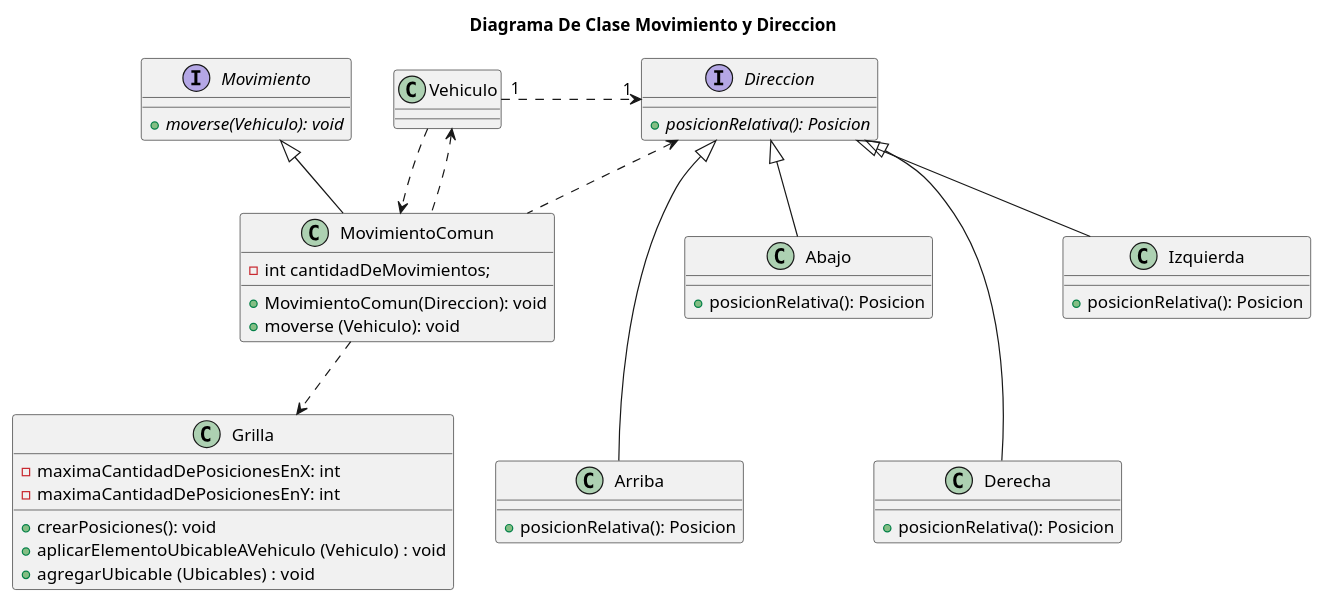
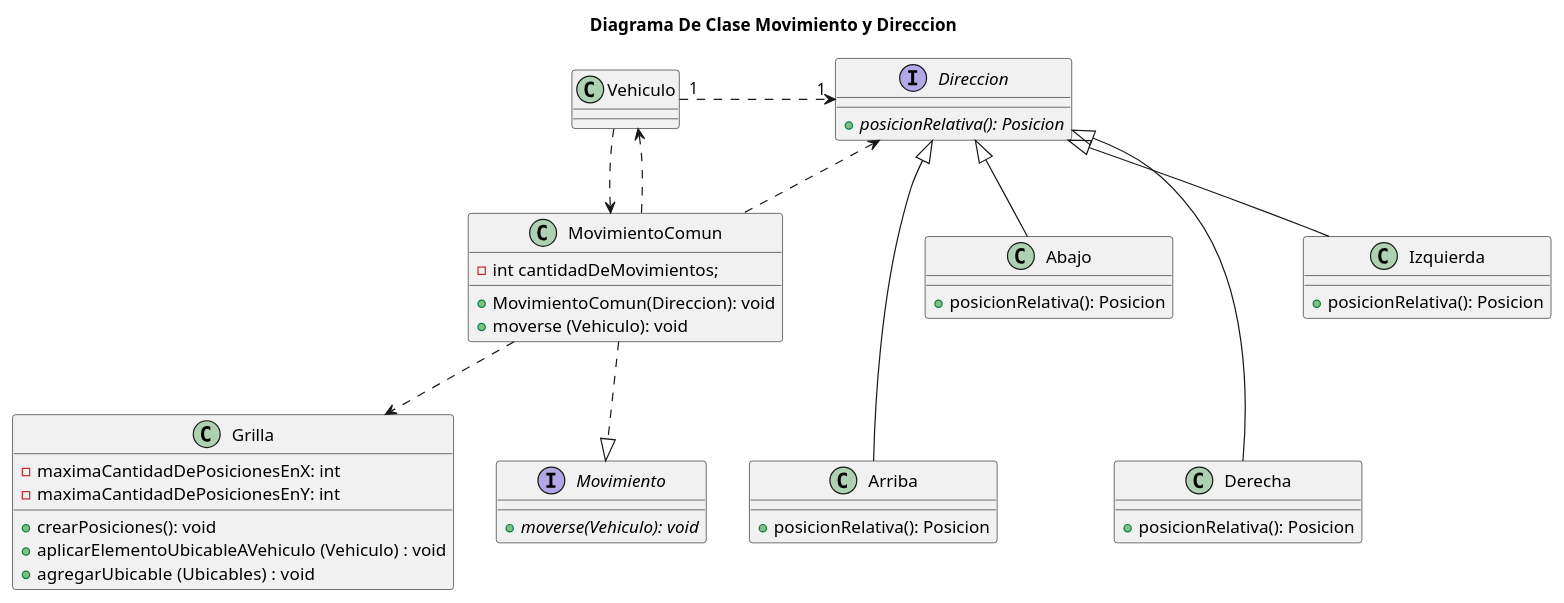
One commit to FacundoBaez1994/Algo3Tp2 changed the diagram in diagrams/classes/DiagramaDeClaseMovimientoYDireccion.puml. Above: the diagram before and after it, drawn with PlantUML. The commit also changed 9 other files, not shown here.

Commit message:
Se corrigieron diagramas de clase

```diff
--- a/diagrams/classes/DiagramaDeClaseMovimientoYDireccion.puml
+++ b/diagrams/classes/DiagramaDeClaseMovimientoYDireccion.puml
@@ -1,56 +1,56 @@
 @startuml
 title Diagrama De Clase Movimiento y Direccion
 
 Vehiculo "1" .r.> "1" Direccion
 Vehiculo  ..>  MovimientoComun
 Vehiculo  <..  MovimientoComun
 Direccion  <..  MovimientoComun
 
 MovimientoComun .d.> Grilla
 
 Arriba -u--|> Direccion
 Abajo -u-|> Direccion
 Derecha -u--|> Direccion
 Izquierda -u-|> Direccion
 
-MovimientoComun -u-|> Movimiento
+MovimientoComun ..|> Movimiento
 
 interface Movimiento {
     + {abstract} moverse(Vehiculo): void
 }
 
 class MovimientoComun {
     - int cantidadDeMovimientos;
     + MovimientoComun(Direccion): void
     + moverse (Vehiculo): void
 }
 
 interface Direccion {
     + {abstract} posicionRelativa(): Posicion
 }
 
 class Arriba {
     + posicionRelativa(): Posicion
 }
 
 class Abajo {
     + posicionRelativa(): Posicion
 }
 
 class Izquierda {
     + posicionRelativa(): Posicion
 }
 
 class Derecha {
     + posicionRelativa(): Posicion
 }
 
 class Grilla {
     - maximaCantidadDePosicionesEnX: int
     - maximaCantidadDePosicionesEnY: int
     + crearPosiciones(): void
     + aplicarElementoUbicableAVehiculo (Vehiculo) : void
     + agregarUbicable (Ubicables) :  void
 }
 
 @enduml
```
